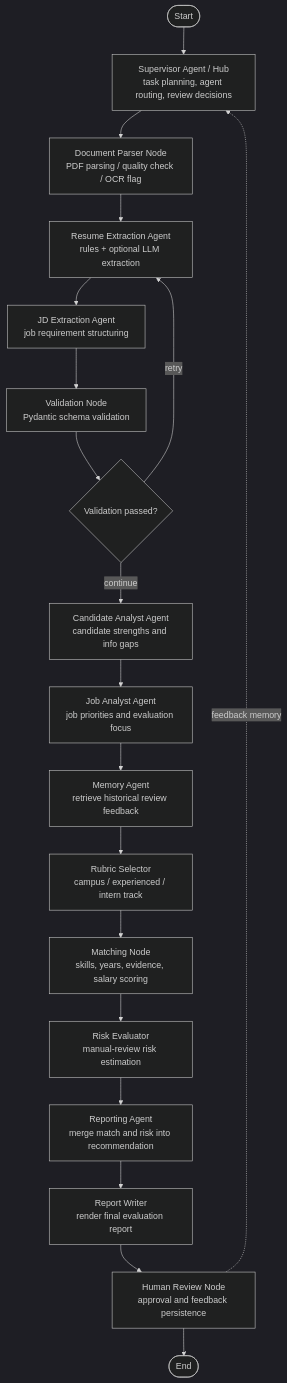
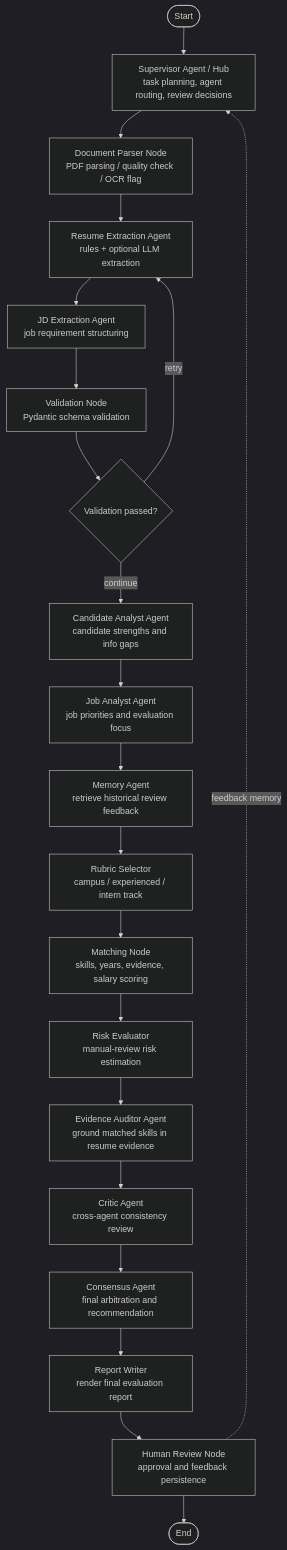
The second of 10 diagrams in docs/architecture_diagrams.md (supeng0916-beep/resume-pilot), drawn with Mermaid (dark theme) before and after one commit. The commit also changed other lines of this file and 78 other files, not shown here.

````diff
--- a/docs/architecture_diagrams.md
+++ b/docs/architecture_diagrams.md
@@ -33,26 +33,28 @@
 ```mermaid
 flowchart TD
     Start(["Start"])
     Hub["Supervisor Agent / Hub<br/>task planning, agent routing, review decisions"]
     Parser["Document Parser Node<br/>PDF parsing / quality check / OCR flag"]
     Resume["Resume Extraction Agent<br/>rules + optional LLM extraction"]
     JD["JD Extraction Agent<br/>job requirement structuring"]
     Validator["Validation Node<br/>Pydantic schema validation"]
     Retry{"Validation passed?"}
     CandidateAgent["Candidate Analyst Agent<br/>candidate strengths and info gaps"]
     JobAgent["Job Analyst Agent<br/>job priorities and evaluation focus"]
     MemoryAgent["Memory Agent<br/>retrieve historical review feedback"]
     Rubric["Rubric Selector<br/>campus / experienced / intern track"]
     Match["Matching Node<br/>skills, years, evidence, salary scoring"]
     Risk["Risk Evaluator<br/>manual-review risk estimation"]
-    ReportingAgent["Reporting Agent<br/>merge match and risk into recommendation"]
+    EvidenceAgent["Evidence Auditor Agent<br/>ground matched skills in resume evidence"]
+    CriticAgent["Critic Agent<br/>cross-agent consistency review"]
+    ConsensusAgent["Consensus Agent<br/>final arbitration and recommendation"]
     Report["Report Writer<br/>render final evaluation report"]
     Review["Human Review Node<br/>approval and feedback persistence"]
     End(["End"])
 
     Start --> Hub
     Hub --> Parser --> Resume --> JD --> Validator --> Retry
     Retry -- retry --> Resume
-    Retry -- continue --> CandidateAgent --> JobAgent --> MemoryAgent --> Rubric --> Match --> Risk --> ReportingAgent --> Report --> Review --> End
+    Retry -- continue --> CandidateAgent --> JobAgent --> MemoryAgent --> Rubric --> Match --> Risk --> EvidenceAgent --> CriticAgent --> ConsensusAgent --> Report --> Review --> End
     Review -.feedback memory.-> Hub
 ```
````
